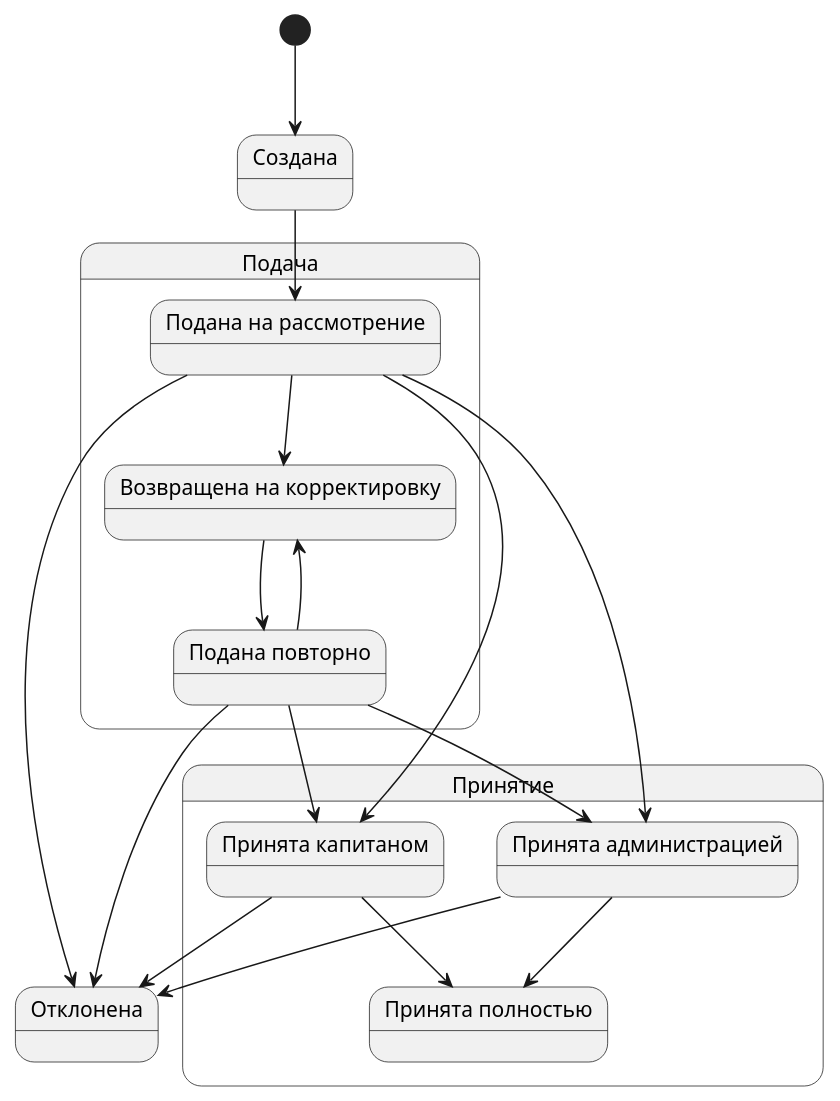
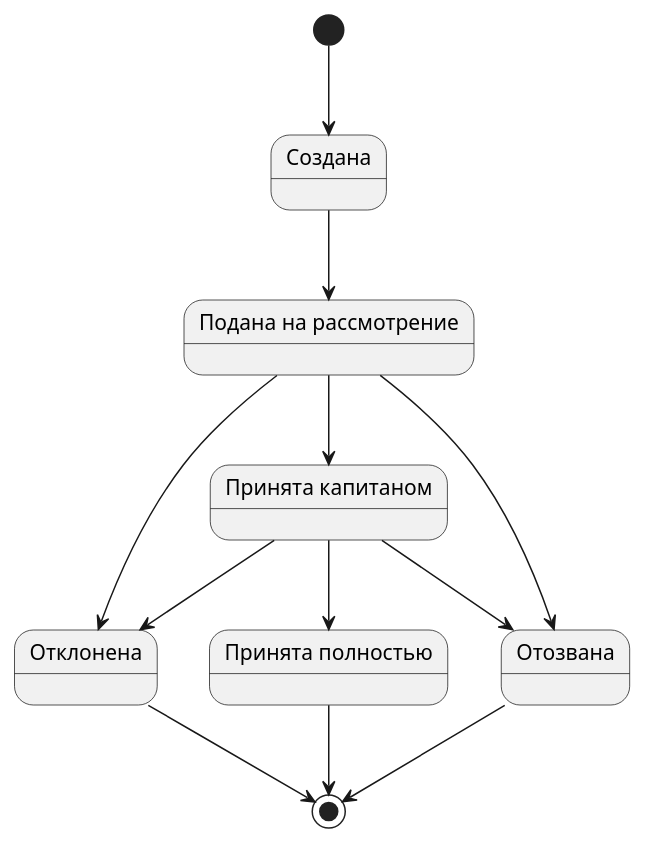
The diagram in Docs/RequestWithComandState.pu (NadinMalish/SportCompetition), drawn with PlantUML before and after one commit. The commit also changed 8 other files, not shown here.

Commit message:
Documentation v0.8: откорректировал ФТ и диаграммы по результатам созвона от 29.03.2025

```diff
--- a/Docs/RequestWithComandState.pu
+++ b/Docs/RequestWithComandState.pu
@@ -1,37 +1,26 @@
 @startuml
 
 state "Создана" as created
+state "Подана на рассмотрение" as submitted
 
-state Подача {
-  state "Подана на рассмотрение" as submitted
-  state "Подана повторно" as resubmitted
-  state "Возвращена на корректировку" as returnForCorrection
-}
-
-
+state "Принята капитаном" as acceptedByCaptain
+'Полностью принимает или отклоняет представитель администрации мероприятия
+state "Принята полностью" as accepted
 state "Отклонена" as rejected
-
-state Принятие {
-  state "Принята капитаном" as acceptedByCaptain
-  state "Принята администрацией" as acceptedByAdministration
-  state "Принята полностью" as accepted
-}
+'Отзывает податель заявки
+state "Отозвана" as withdrawn
 
 [*] --> created
 created --> submitted
 submitted --> rejected
 submitted --> acceptedByCaptain
-submitted --> acceptedByAdministration
+submitted --> withdrawn
+acceptedByCaptain --> rejected
 acceptedByCaptain --> accepted
-acceptedByAdministration --> accepted
-acceptedByCaptain --> rejected
-acceptedByAdministration --> rejected
-submitted --> returnForCorrection
+acceptedByCaptain --> withdrawn
 
-returnForCorrection --> resubmitted
-resubmitted --> rejected
-resubmitted --> acceptedByCaptain
-resubmitted --> acceptedByAdministration
-resubmitted --> returnForCorrection
+accepted --> [*]
+rejected --> [*]
+withdrawn --> [*]
 
 @enduml
```
